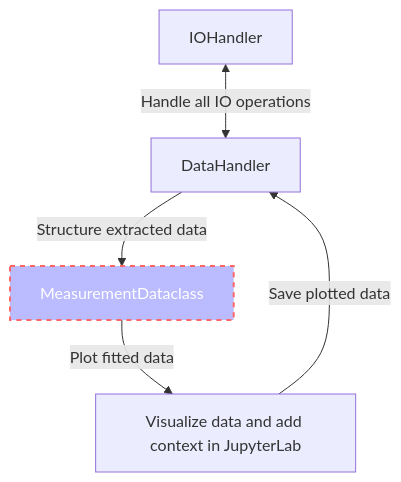
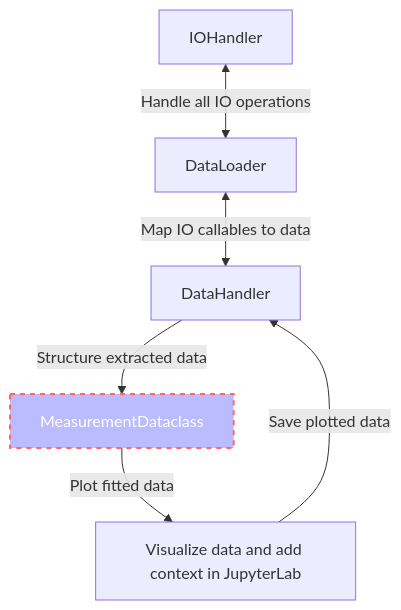
Before and after one commit to dineshpinto/qudi-hira-analysis: the first of 2 diagrams in README.md, drawn with Mermaid. The commit also changed other lines of this file and 1 other file, not shown here.

Commit message:
Added fitting wrapper supporting pandas DataFrames

````diff
--- a/README.md
+++ b/README.md
@@ -34,8 +34,9 @@
 ```mermaid
 flowchart TD;
-    IOHandler<-- Handle all IO operations -->DataHandler;
+    IOHandler<-- Handle all IO operations -->DataLoader;
+    DataLoader<-- Map IO callables to data -->DataHandler;
     DataHandler-- Structure extracted data -->MeasurementDataclass;
     MeasurementDataclass-- Plot fitted data --> Plot[Visualize data and add context in JupyterLab];
     Plot-- Save plotted data --> DataHandler;
     style MeasurementDataclass fill:#bbf,stroke:#f66,stroke-width:2px,color:#fff,stroke-dasharray: 5 5
 ```
````
